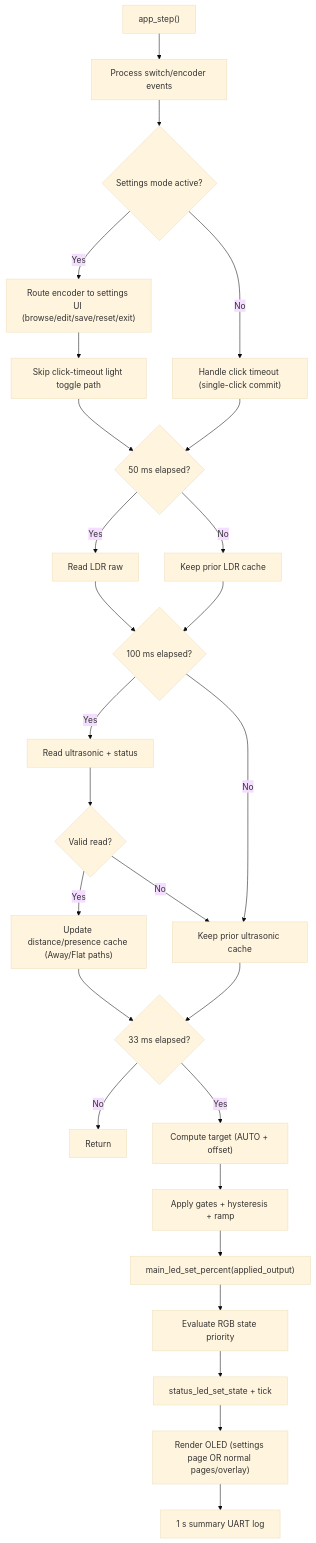
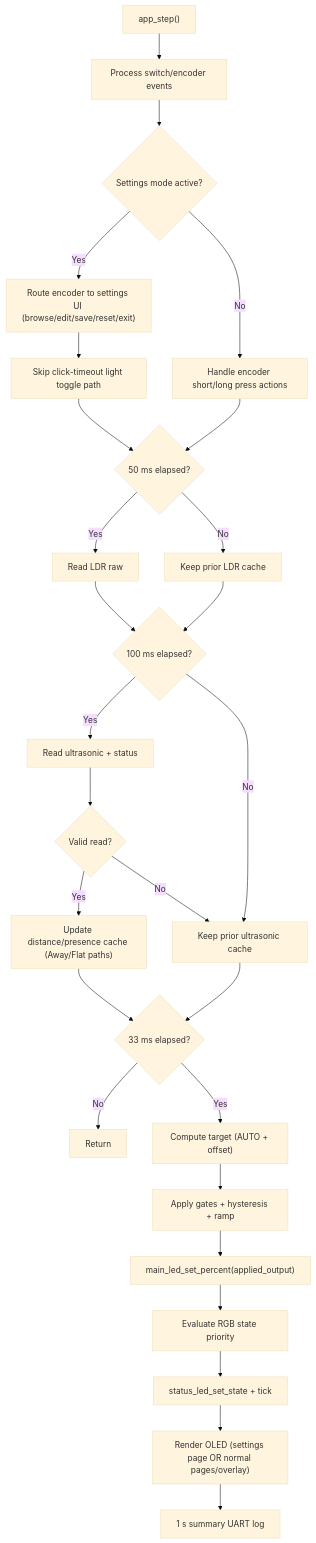
The first of 2 diagrams in docs/architecture/business-logic.md (RJTPP/S-ADAPT-IoT), drawn with Mermaid (base theme) before and after one commit. The commit also changed other lines of this file and 5 other files, not shown here.

Commit message:
docs: update encoder interaction to short and long press

````diff
--- a/docs/architecture/business-logic.md
+++ b/docs/architecture/business-logic.md
@@ -57,29 +57,29 @@
 ```mermaid
 flowchart TD
     A["app_step()"] --> B["Process switch/encoder events"]
     B --> C{"Settings mode active?"}
     C -- "Yes" --> D["Route encoder to settings UI (browse/edit/save/reset/exit)"]
     D --> E["Skip click-timeout light toggle path"]
-    C -- "No" --> F["Handle click timeout (single-click commit)"]
+    C -- "No" --> F["Handle encoder short/long press actions"]
     E --> G{"50 ms elapsed?"}
     F --> G
     G -- "Yes" --> H["Read LDR raw"]
     G -- "No" --> I["Keep prior LDR cache"]
     H --> J{"100 ms elapsed?"}
     I --> J
     J -- "Yes" --> K["Read ultrasonic + status"]
     J -- "No" --> L["Keep prior ultrasonic cache"]
     K --> M{"Valid read?"}
     M -- "Yes" --> N["Update distance/presence cache (Away/Flat paths)"]
     M -- "No" --> L
     N --> O{"33 ms elapsed?"}
     L --> O
     O -- "No" --> P["Return"]
     O -- "Yes" --> Q["Compute target (AUTO + offset)"]
     Q --> R["Apply gates + hysteresis + ramp"]
     R --> S["main_led_set_percent(applied_output)"]
     S --> T["Evaluate RGB state priority"]
     T --> U["status_led_set_state + tick"]
     U --> V["Render OLED (settings page OR normal pages/overlay)"]
     V --> W["1 s summary UART log"]
 ```
````
